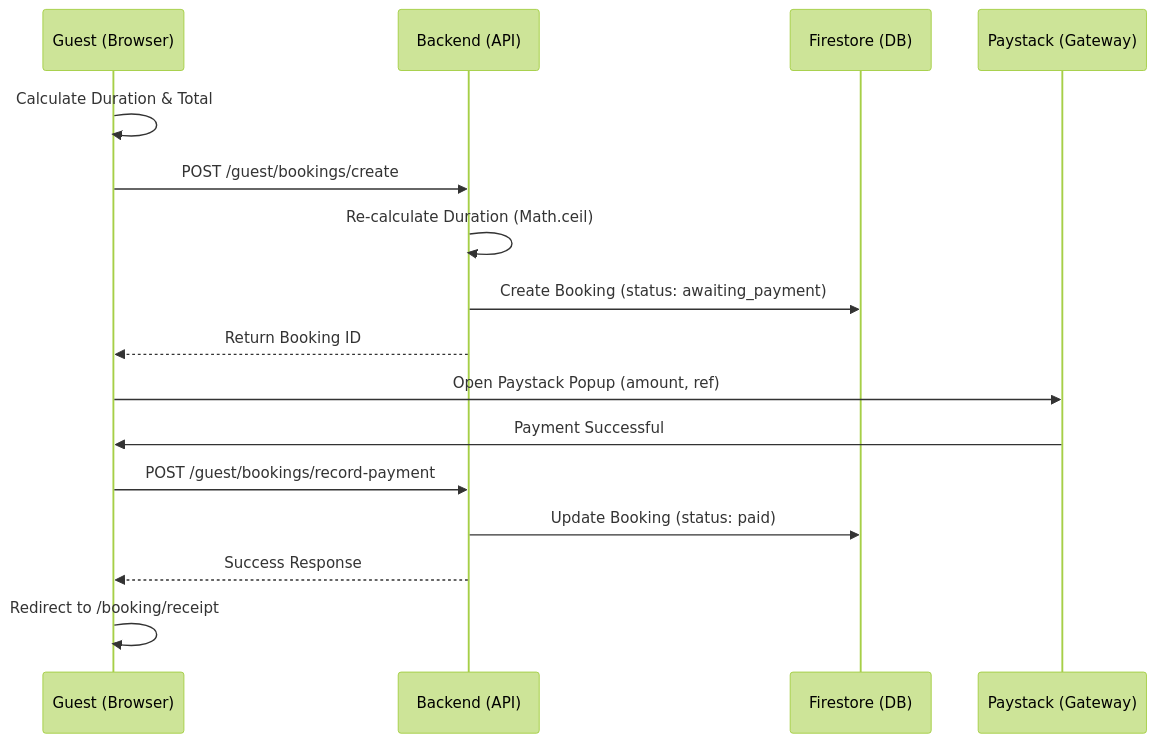
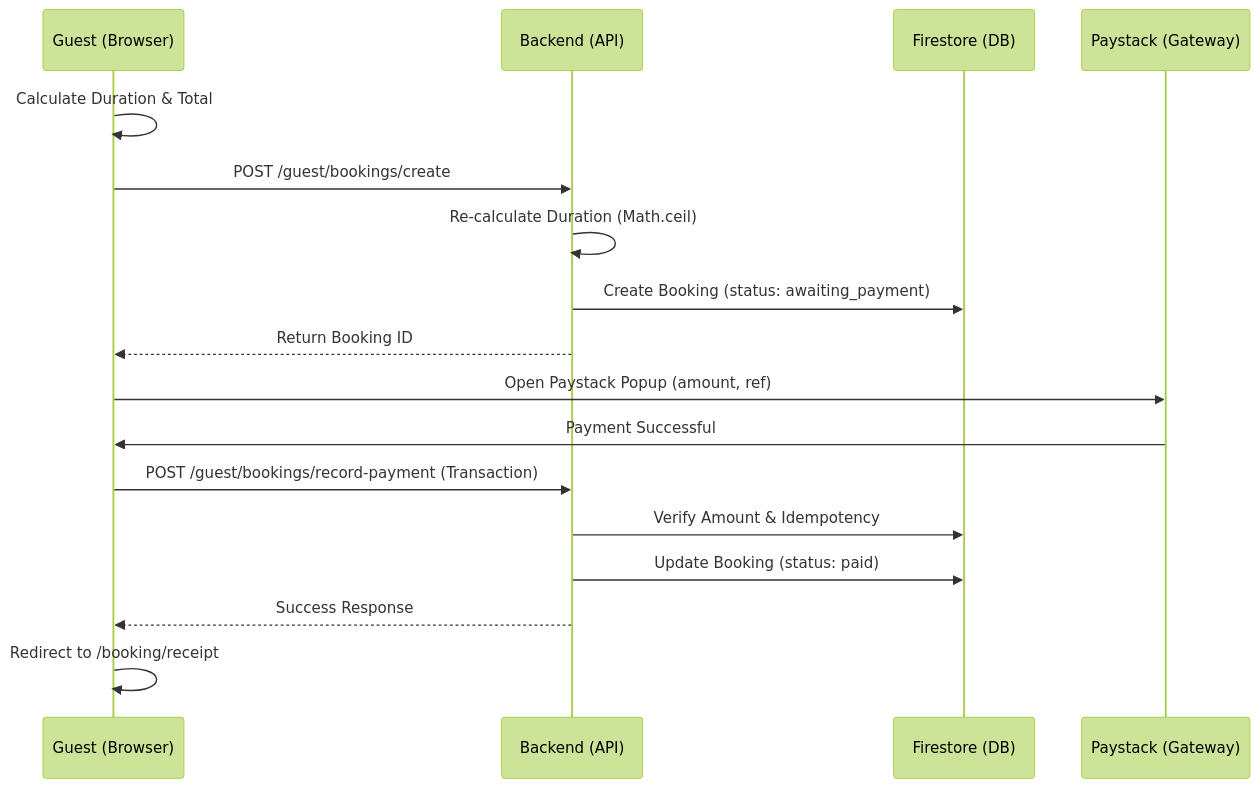
The first of 4 diagrams in DATA_FLOW.md (Ride-City-Rentals/.github), drawn with Mermaid (forest theme) before and after one commit. The commit also changed other lines of this file and 1 other file, not shown here.

````diff
--- a/DATA_FLOW.md
+++ b/DATA_FLOW.md
@@ -10,19 +10,20 @@
 ```mermaid
 sequenceDiagram
     participant G as Guest (Browser)
     participant B as Backend (API)
     participant F as Firestore (DB)
     participant P as Paystack (Gateway)
 
     G->>G: Calculate Duration & Total
     G->>B: POST /guest/bookings/create
     B->>B: Re-calculate Duration (Math.ceil)
     B->>F: Create Booking (status: awaiting_payment)
     B-->>G: Return Booking ID
     G->>P: Open Paystack Popup (amount, ref)
     P->>G: Payment Successful
-    G->>B: POST /guest/bookings/record-payment
+    G->>B: POST /guest/bookings/record-payment (Transaction)
+    B->>F: Verify Amount & Idempotency
     B->>F: Update Booking (status: paid)
     B-->>G: Success Response
     G->>G: Redirect to /booking/receipt
 ```
````
